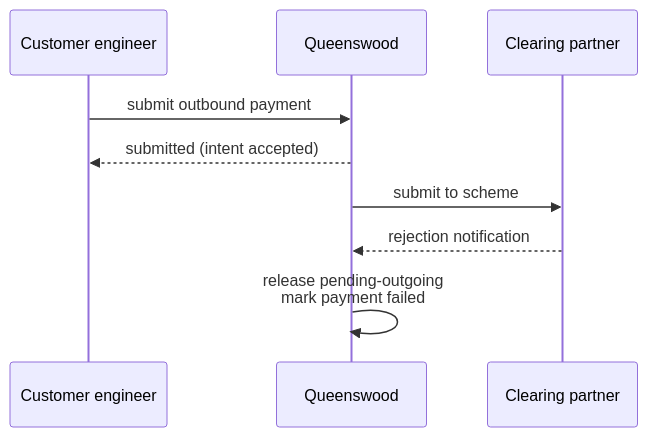
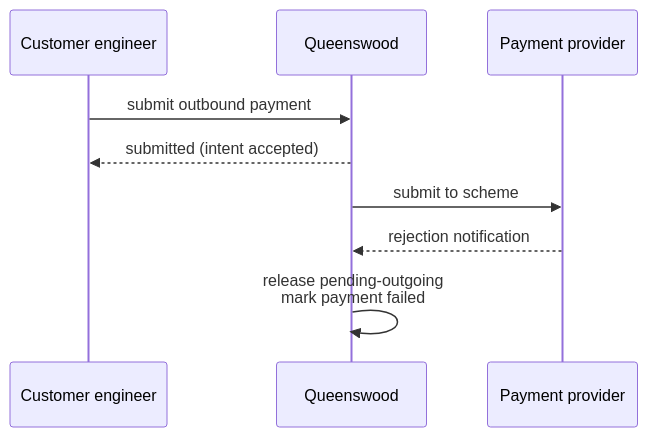
One commit to repldriven/queenswood changed the third of 8 diagrams in docs/prd/payments.md. Above: the diagram before and after it, drawn with Mermaid. The commit also changed other lines of this file and 3 other files, not shown here.

````diff
--- a/docs/prd/payments.md
+++ b/docs/prd/payments.md
@@ -279,12 +330,12 @@
 ```mermaid
 sequenceDiagram
     participant T as Customer engineer
     participant Q as Queenswood
-    participant S as Clearing partner
+    participant S as Payment provider
 
     T->>Q: submit outbound payment
     Q-->>T: submitted (intent accepted)
     Q->>S: submit to scheme
     S-->>Q: rejection notification
     Q->>Q: release pending-outgoing<br/>mark payment failed
 ```
````
